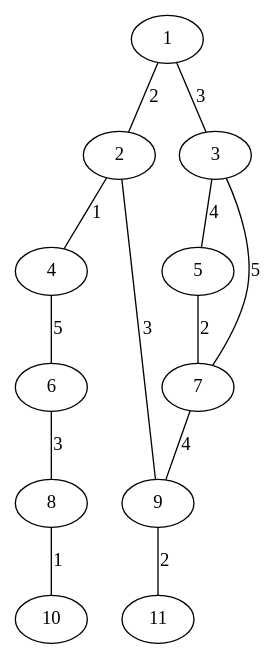
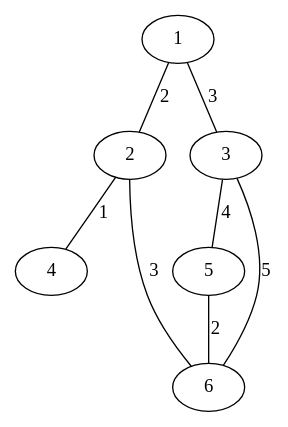
The diagram in src/dots/graph0.dot (anemon-a/graph-algorithms), drawn with Graphviz before and after one commit. The commit also changed 4 other files, not shown here.

```diff
--- a/src/dots/graph0.dot
+++ b/src/dots/graph0.dot
@@ -1,14 +1,9 @@
 graph G {
     1 -- 2 [label="2"];
     1 -- 3 [label="3"];
     2 -- 4 [label="1"];
     3 -- 5 [label="4"];
-    4 -- 6 [label="5"];
-    5 -- 7 [label="2"];
-    6 -- 8 [label="3"];
-    7 -- 9 [label="4"];
-    8 -- 10 [label="1"];
-    9 -- 11 [label="2"];
-    3 -- 7 [label="5"];
-    2 -- 9 [label="3"];
+    5 -- 6 [label="2"];
+    3 -- 6 [label="5"];
+    2 -- 6 [label="3"];
 }
```
